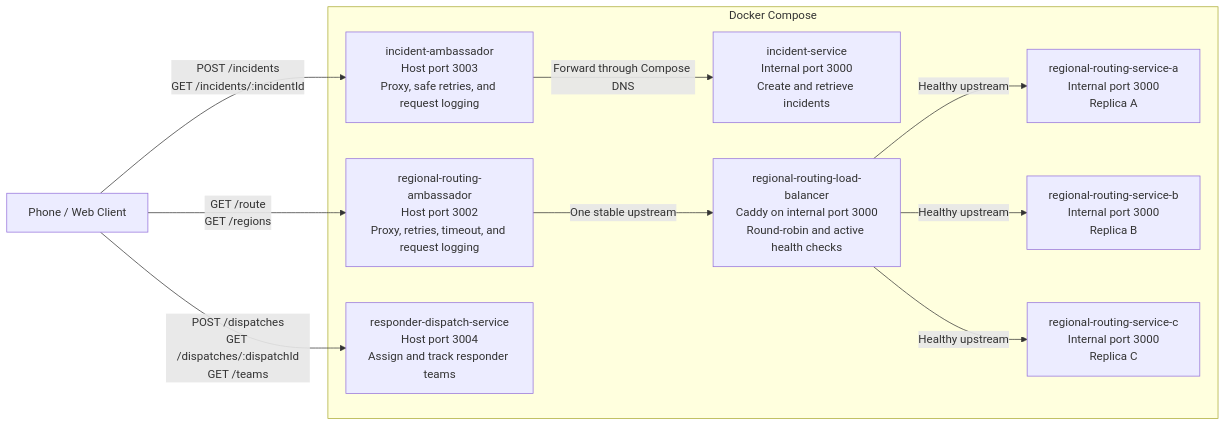
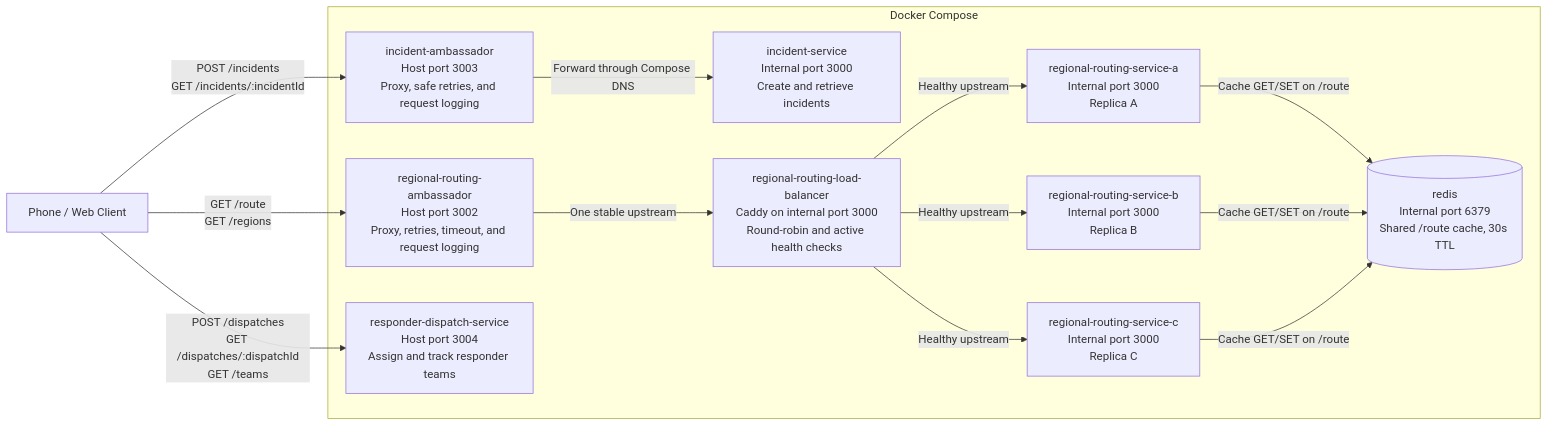
One commit to Dos0n/426-project-bay-blues changed the diagram in docs/SERVICES.md. Above: the diagram before and after it, drawn with Mermaid. The commit also changed other lines of this file and 1 other file, not shown here.

````diff
--- a/docs/SERVICES.md
+++ b/docs/SERVICES.md
@@ -14,24 +15,28 @@
 ```mermaid
 flowchart LR
     client[Phone / Web Client]
 
     subgraph compose[Docker Compose]
         incident[incident-service<br/>Internal port 3000<br/>Create and retrieve incidents]
         incidentAmbassador[incident-ambassador<br/>Host port 3003<br/>Proxy, safe retries, and request logging]
         routingAmbassador[regional-routing-ambassador<br/>Host port 3002<br/>Proxy, retries, timeout, and request logging]
         routingLoadBalancer[regional-routing-load-balancer<br/>Caddy on internal port 3000<br/>Round-robin and active health checks]
         routingA[regional-routing-service-a<br/>Internal port 3000<br/>Replica A]
         routingB[regional-routing-service-b<br/>Internal port 3000<br/>Replica B]
         routingC[regional-routing-service-c<br/>Internal port 3000<br/>Replica C]
+        redis[(redis<br/>Internal port 6379<br/>Shared /route cache, 30s TTL)]
         dispatch[responder-dispatch-service<br/>Host port 3004<br/>Assign and track responder teams]
     end
 
     client -->|POST /incidents<br/>GET /incidents/:incidentId| incidentAmbassador
     incidentAmbassador -->|Forward through Compose DNS| incident
     client -->|GET /route<br/>GET /regions| routingAmbassador
     routingAmbassador -->|One stable upstream| routingLoadBalancer
     routingLoadBalancer -->|Healthy upstream| routingA
     routingLoadBalancer -->|Healthy upstream| routingB
     routingLoadBalancer -->|Healthy upstream| routingC
+    routingA -->|Cache GET/SET on /route| redis
+    routingB -->|Cache GET/SET on /route| redis
+    routingC -->|Cache GET/SET on /route| redis
     client -->|POST /dispatches<br/>GET /dispatches/:dispatchId<br/>GET /teams| dispatch
 ```
````
